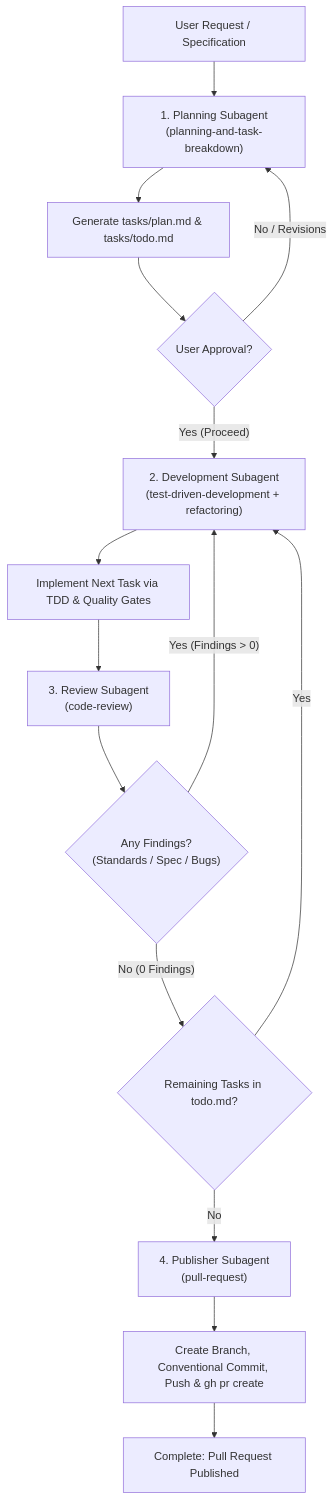
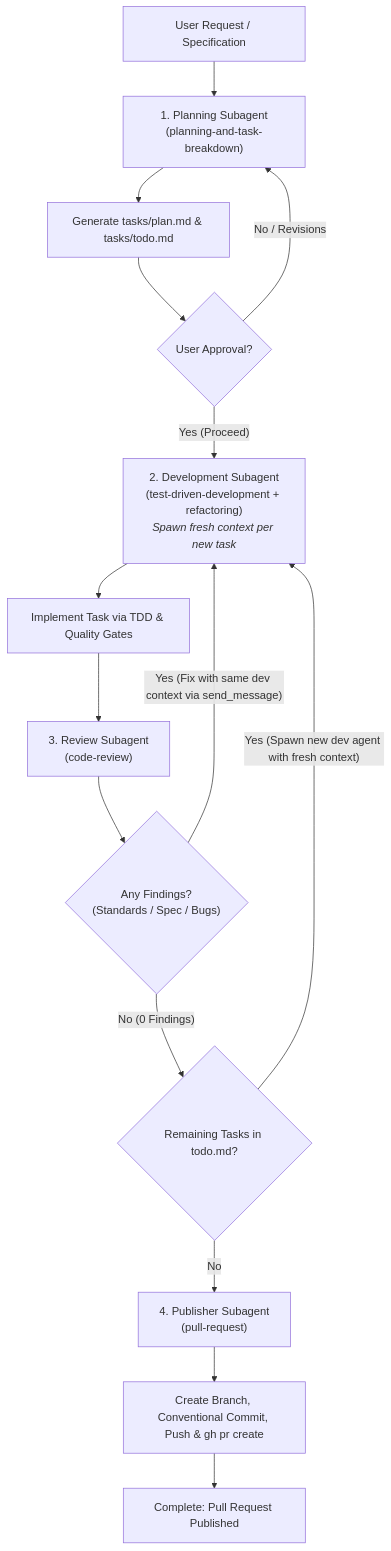
One commit to larchanka/skills changed the diagram in agent-loop/README.md. Above: the diagram before and after it, drawn with Mermaid. The commit also changed other lines of this file and 1 other file, not shown here.

Commit message:
feat(agent-loop): enforce fresh context per task and retain context for review fixes

````diff
--- a/agent-loop/README.md
+++ b/agent-loop/README.md
@@ -30,17 +31,17 @@
 ```mermaid
 graph TD
     Start["User Request / Specification"] --> Plan["1. Planning Subagent<br/>(planning-and-task-breakdown)"]
     Plan --> SavePlan["Generate tasks/plan.md & tasks/todo.md"]
     SavePlan --> ApprPlan{"User Approval?"}
     ApprPlan -- "No / Revisions" --> Plan
-    ApprPlan -- "Yes (Proceed)" --> Dev["2. Development Subagent<br/>(test-driven-development + refactoring)"]
-    Dev --> ImpTask["Implement Next Task via TDD & Quality Gates"]
+    ApprPlan -- "Yes (Proceed)" --> Dev["2. Development Subagent<br/>(test-driven-development + refactoring)<br/><i>Spawn fresh context per new task</i>"]
+    Dev --> ImpTask["Implement Task via TDD & Quality Gates"]
     ImpTask --> Rev["3. Review Subagent<br/>(code-review)"]
     Rev --> Check{"Any Findings?<br/>(Standards / Spec / Bugs)"}
-    Check -- "Yes (Findings > 0)" --> Dev
+    Check -- "Yes (Fix with same dev context via send_message)" --> Dev
     Check -- "No (0 Findings)" --> CheckMore{"Remaining Tasks in todo.md?"}
-    CheckMore -- "Yes" --> Dev
+    CheckMore -- "Yes (Spawn new dev agent with fresh context)" --> Dev
     CheckMore -- "No" --> Pub["4. Publisher Subagent<br/>(pull-request)"]
     Pub --> OpenPR["Create Branch, Conventional Commit, Push & gh pr create"]
     OpenPR --> Done["Complete: Pull Request Published"]
 ```
````
